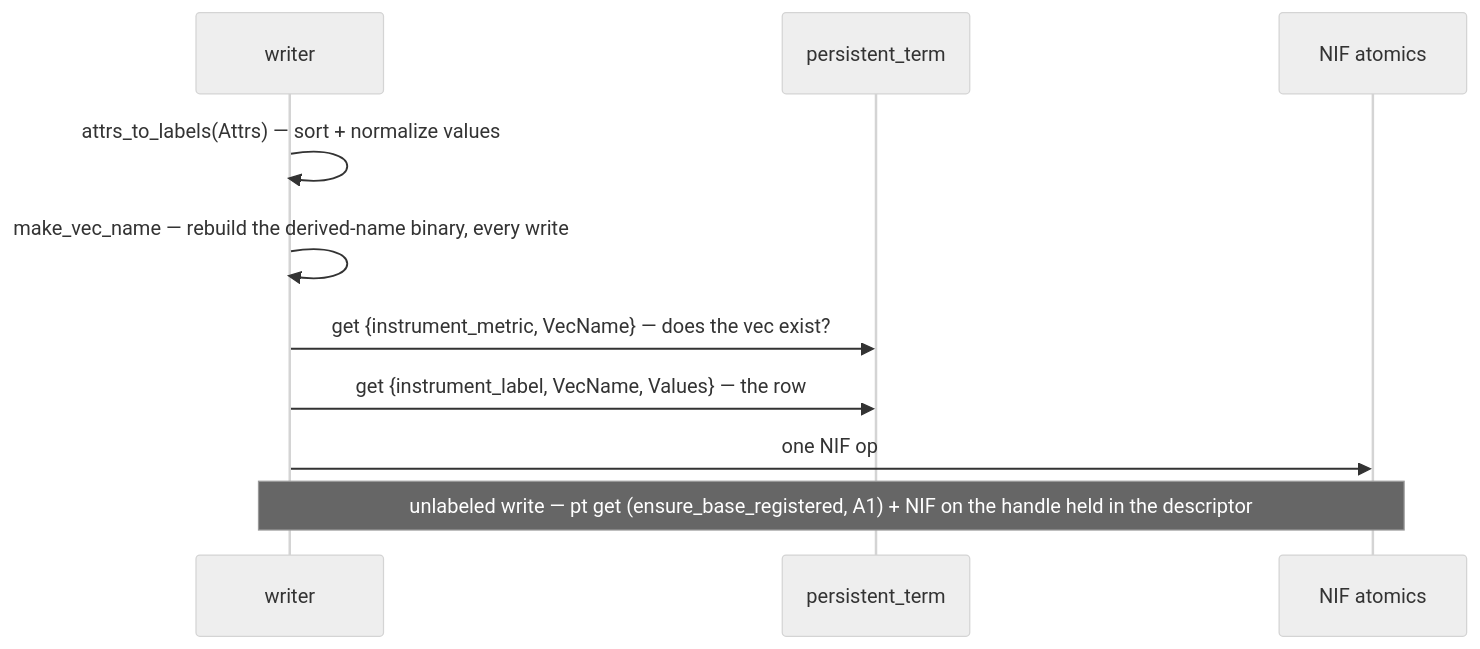
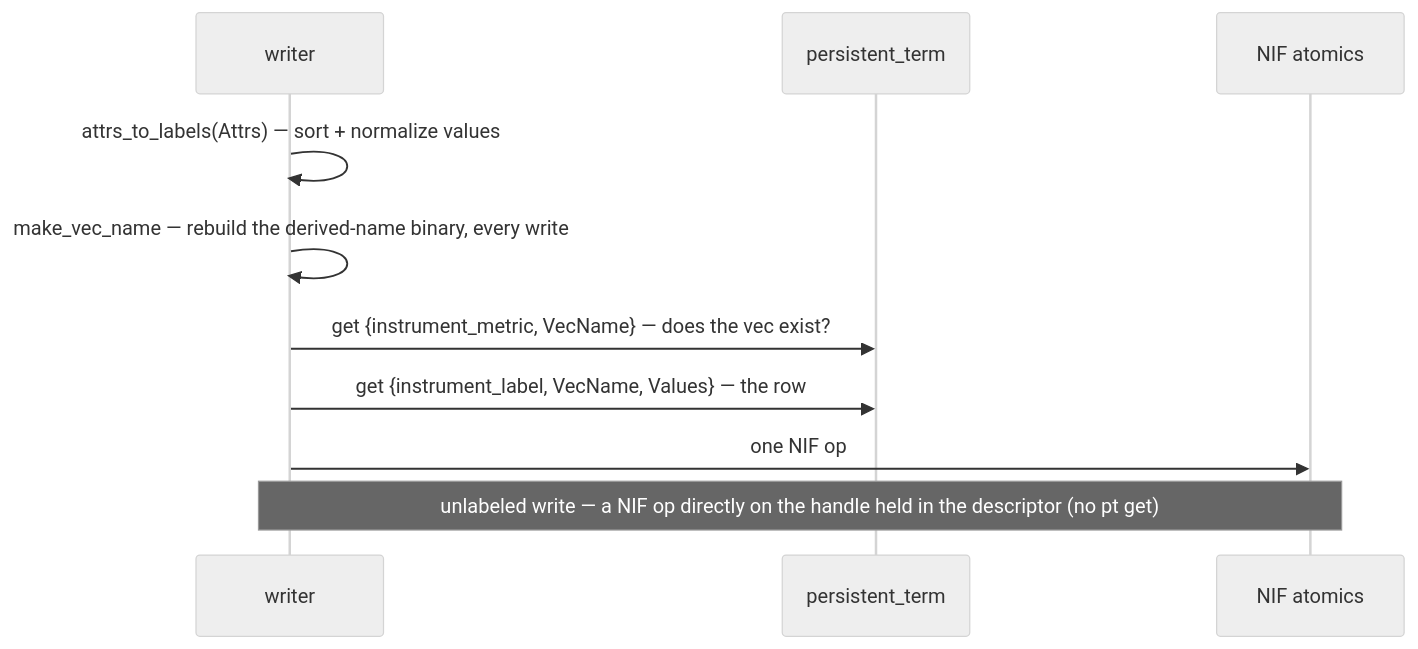
The eighth of 17 diagrams in docs/superpowers/specs/2026-06-10-meter-row-store-design.md (velimir/instrument), drawn with Mermaid (neutral theme) before and after one commit. The commit also changed other lines of this file and 4 other files, not shown here.

````diff
--- a/docs/superpowers/specs/2026-06-10-meter-row-store-design.md
+++ b/docs/superpowers/specs/2026-06-10-meter-row-store-design.md
@@ -525,12 +522,12 @@
 ```mermaid
 sequenceDiagram
   participant W as writer
   participant PT as persistent_term
   participant N as NIF atomics
   W->>W: attrs_to_labels(Attrs) — sort + normalize values
   W->>W: make_vec_name — rebuild the derived-name binary, every write
   W->>PT: get {instrument_metric, VecName} — does the vec exist?
   W->>PT: get {instrument_label, VecName, Values} — the row
   W->>N: one NIF op
-  Note over W,N: unlabeled write — pt get (ensure_base_registered, A1) + NIF on the handle held in the descriptor
+  Note over W,N: unlabeled write — a NIF op directly on the handle held in the descriptor (no pt get)
 ```
````
